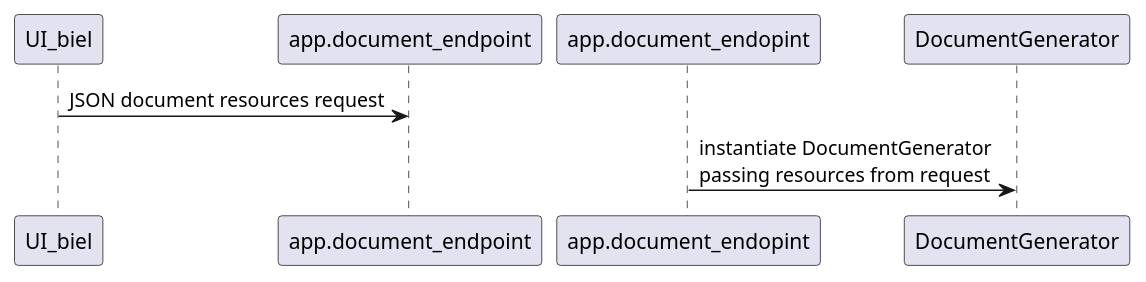
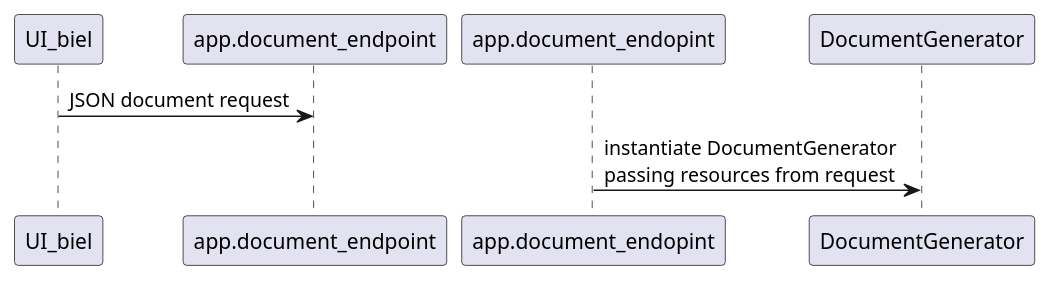
One commit to WycliffeAssociates/DOC changed the first of 2 diagrams in docs/design.org. Above: the diagram before and after it, drawn with PlantUML. The commit also changed other lines of this file and 2 other files, not shown here.

First line of the commit message:
Add generate-class-diagrams Makefile target

```diff
--- a/docs/design.org
+++ b/docs/design.org
@@ -141,4 +141,4 @@
 #+begin_src plantuml :file wa_design_sequence_diagram1.png :exports results
-UI_biel -> app.document_endpoint: JSON document resources request
+UI_biel -> app.document_endpoint: JSON document request
 app.document_endopint -> DocumentGenerator: instantiate DocumentGenerator\npassing resources from request
 #+end_src
```
